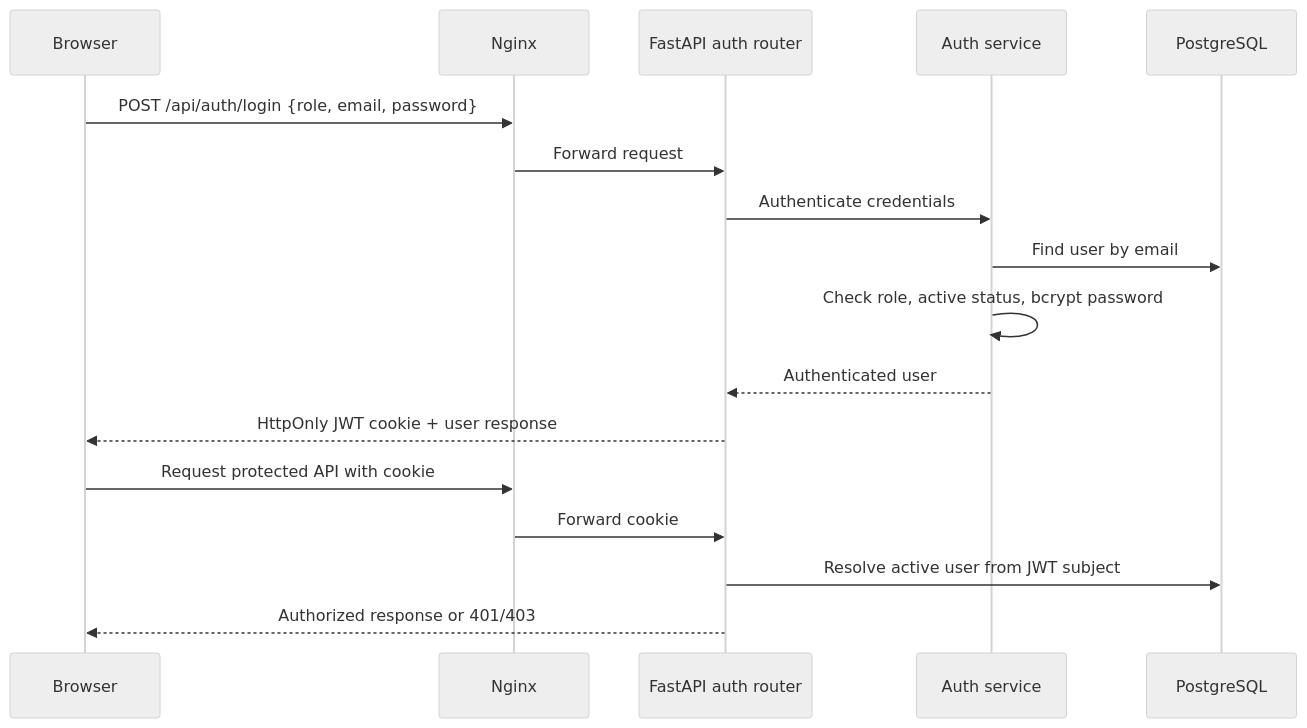
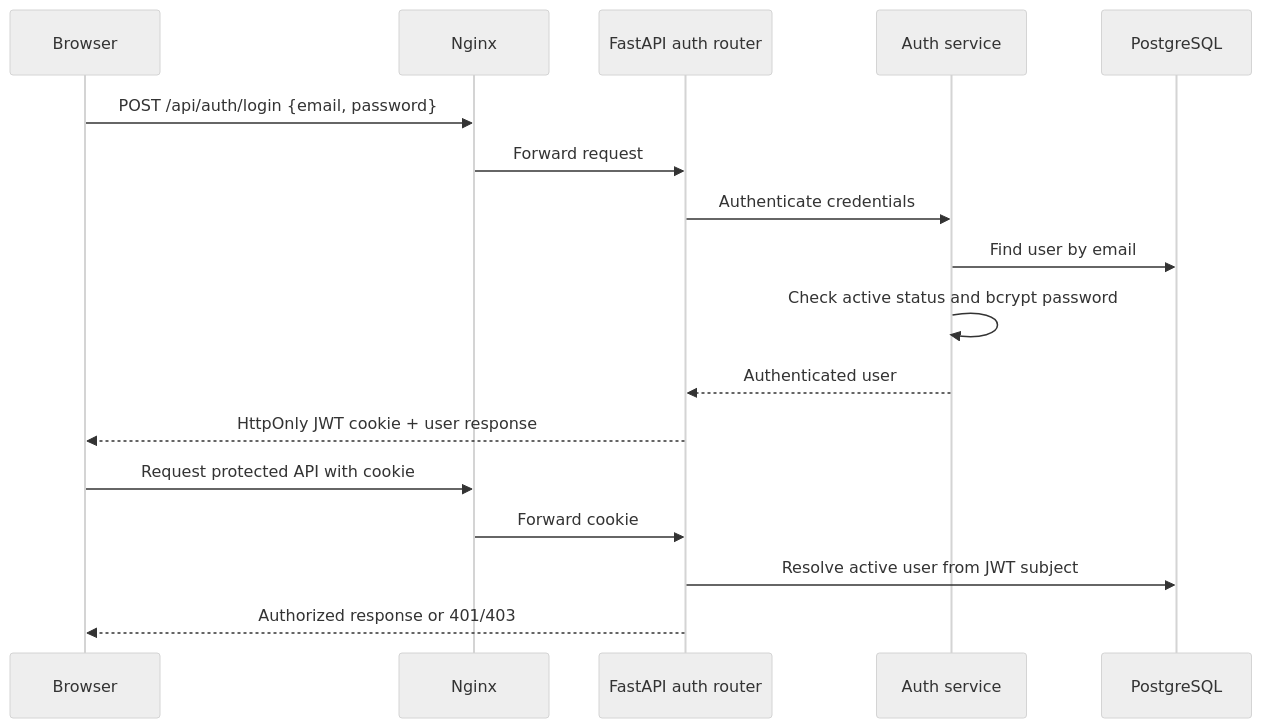
One commit to tharushikaJ/InnerLoop changed the third of 4 diagrams in docs/system-architecture.md. Above: the diagram before and after it, drawn with Mermaid (neutral theme). The commit also changed 19 other files, not shown here.

````diff
--- a/docs/system-architecture.md
+++ b/docs/system-architecture.md
@@ -81,20 +81,20 @@
 ```mermaid
 sequenceDiagram
     participant B as Browser
     participant N as Nginx
     participant A as FastAPI auth router
     participant S as Auth service
     participant D as PostgreSQL
 
-    B->>N: POST /api/auth/login {role, email, password}
+    B->>N: POST /api/auth/login {email, password}
     N->>A: Forward request
     A->>S: Authenticate credentials
     S->>D: Find user by email
-    S->>S: Check role, active status, bcrypt password
+    S->>S: Check active status and bcrypt password
     S-->>A: Authenticated user
     A-->>B: HttpOnly JWT cookie + user response
     B->>N: Request protected API with cookie
     N->>A: Forward cookie
     A->>D: Resolve active user from JWT subject
     A-->>B: Authorized response or 401/403
 ```
````
